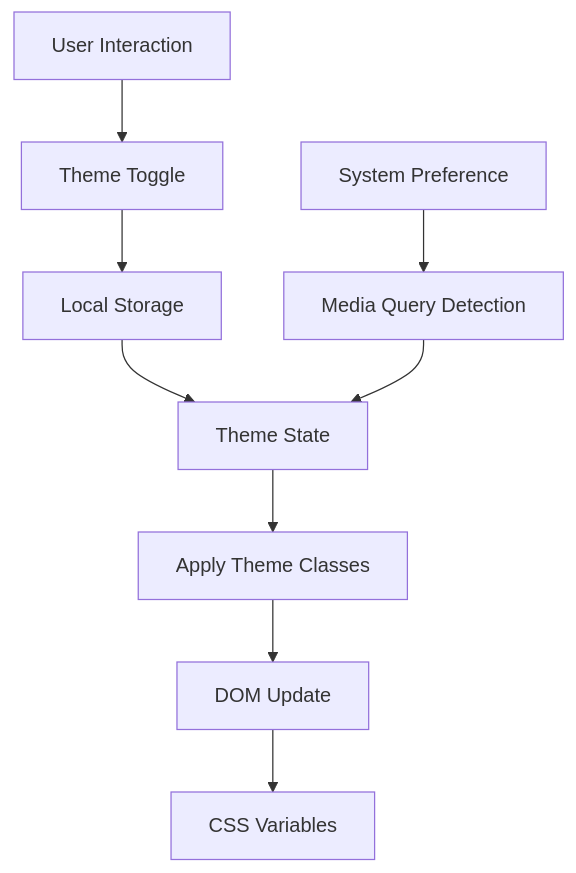
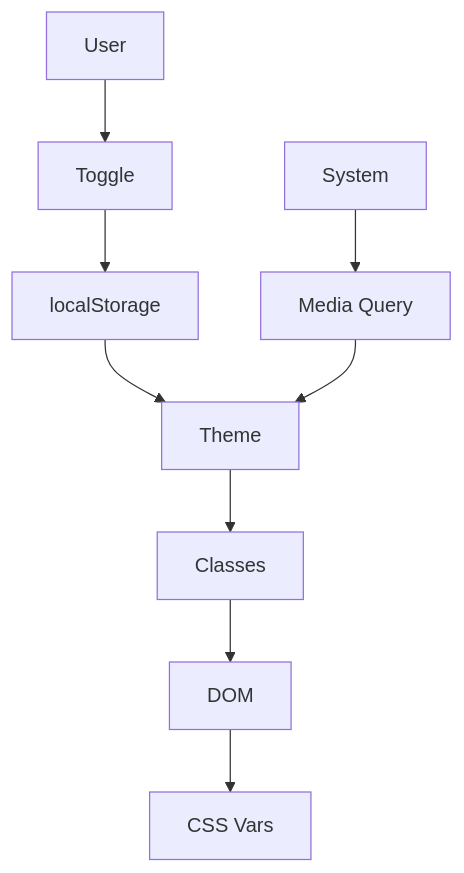
The fifth of 7 diagrams in docs/DOCUMENTATION.md (erfianugrah/pastebin), drawn with Mermaid before and after one commit. The commit also changed other lines of this file and 4 other files, not shown here.

Commit message:
updated mermaid diagrams

````diff
--- a/docs/DOCUMENTATION.md
+++ b/docs/DOCUMENTATION.md
@@ -243,11 +238,11 @@
 ```mermaid
 graph TD
-    User[User Interaction] --> Toggle[Theme Toggle]
-    System[System Preference] --> Detect[Media Query Detection]
-    Toggle --> Store[Local Storage]
-    Store --> Theme[Theme State]
+    User[User] --> Toggle[Toggle]
+    System[System] --> Detect[Media Query]
+    Toggle --> Store[localStorage]
+    Store --> Theme[Theme]
     Detect --> Theme
-    Theme --> Apply[Apply Theme Classes]
-    Apply --> DOM[DOM Update]
-    DOM --> CSS[CSS Variables]
+    Theme --> Apply[Classes]
+    Apply --> DOM[DOM]
+    DOM --> CSS[CSS Vars]
 ```
````
